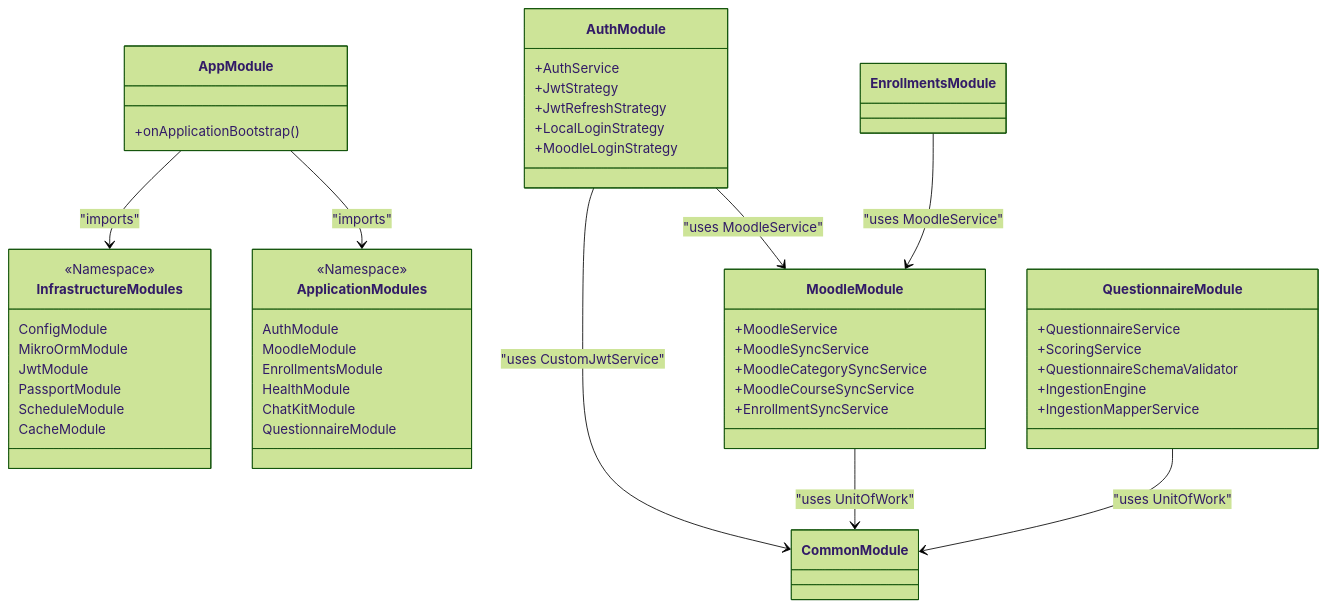
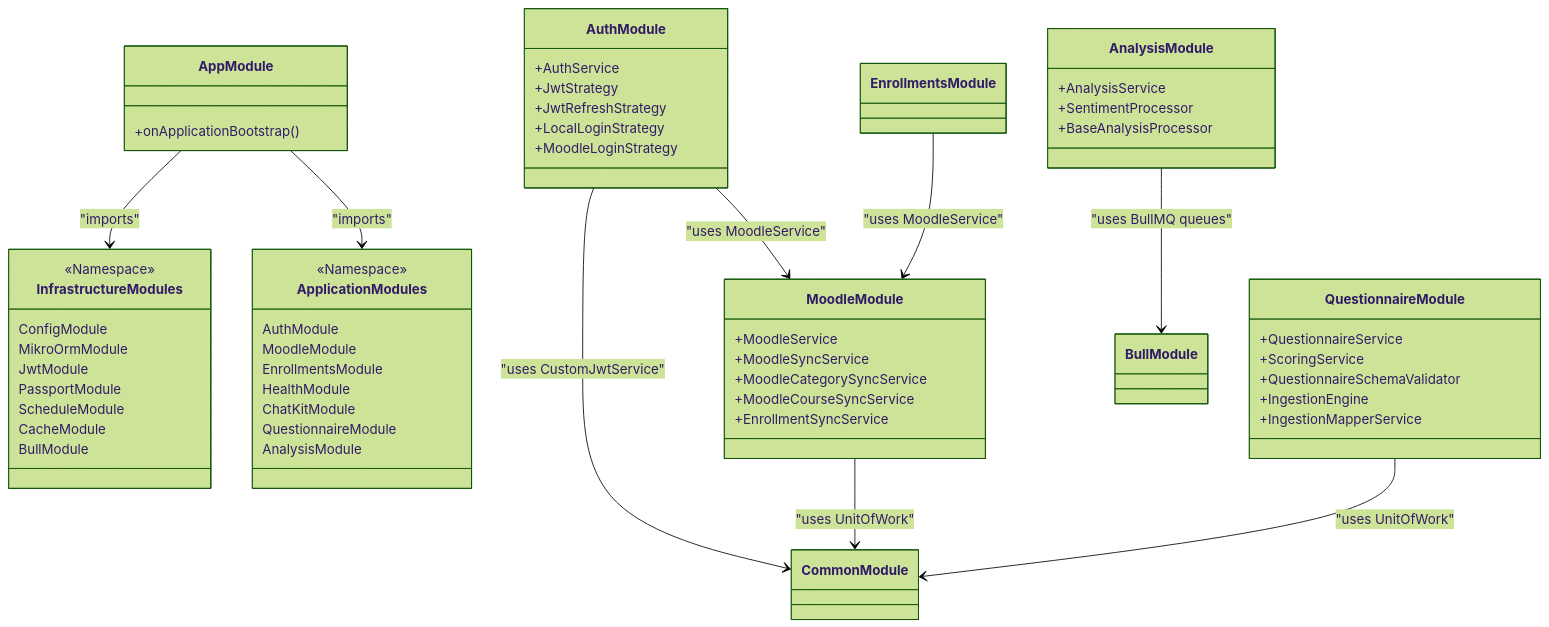
Before and after one commit to CtrlAltElite-Devs/api.faculytics: the diagram in docs/architecture/core-components.md, drawn with Mermaid (forest theme). The commit also changed other lines of this file and 31 other files, not shown here.

````diff
--- a/docs/architecture/core-components.md
+++ b/docs/architecture/core-components.md
@@ -28,57 +30,66 @@
 ```mermaid
 classDiagram
     class AppModule {
         +onApplicationBootstrap()
     }
     class InfrastructureModules {
         <<Namespace>>
         ConfigModule
         MikroOrmModule
         JwtModule
         PassportModule
         ScheduleModule
         CacheModule
+        BullModule
     }
     class ApplicationModules {
         <<Namespace>>
         AuthModule
         MoodleModule
         EnrollmentsModule
         HealthModule
         ChatKitModule
         QuestionnaireModule
+        AnalysisModule
     }
 
     AppModule --> InfrastructureModules : "imports"
     AppModule --> ApplicationModules : "imports"
 
     AuthModule --> MoodleModule : "uses MoodleService"
     AuthModule --> CommonModule : "uses CustomJwtService"
     MoodleModule --> CommonModule : "uses UnitOfWork"
     EnrollmentsModule --> MoodleModule : "uses MoodleService"
     QuestionnaireModule --> CommonModule : "uses UnitOfWork"
+    AnalysisModule --> BullModule : "uses BullMQ queues"
+
+    class AnalysisModule {
+        +AnalysisService
+        +SentimentProcessor
+        +BaseAnalysisProcessor
+    }
 
     class MoodleModule {
         +MoodleService
         +MoodleSyncService
         +MoodleCategorySyncService
         +MoodleCourseSyncService
         +EnrollmentSyncService
     }
 
     class AuthModule {
         +AuthService
         +JwtStrategy
         +JwtRefreshStrategy
         +LocalLoginStrategy
         +MoodleLoginStrategy
     }
 
     class QuestionnaireModule {
         +QuestionnaireService
         +ScoringService
         +QuestionnaireSchemaValidator
         +IngestionEngine
         +IngestionMapperService
     }
 ```
````
